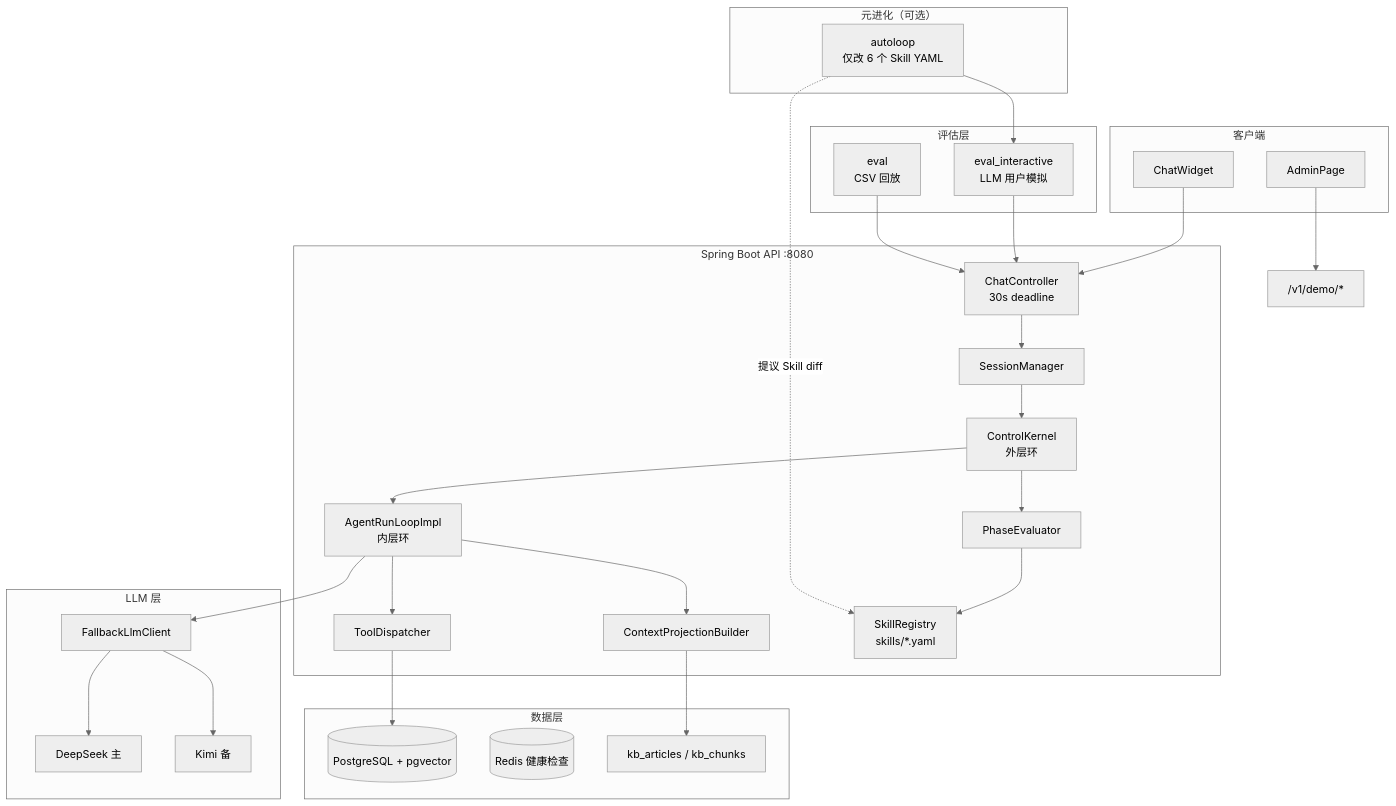
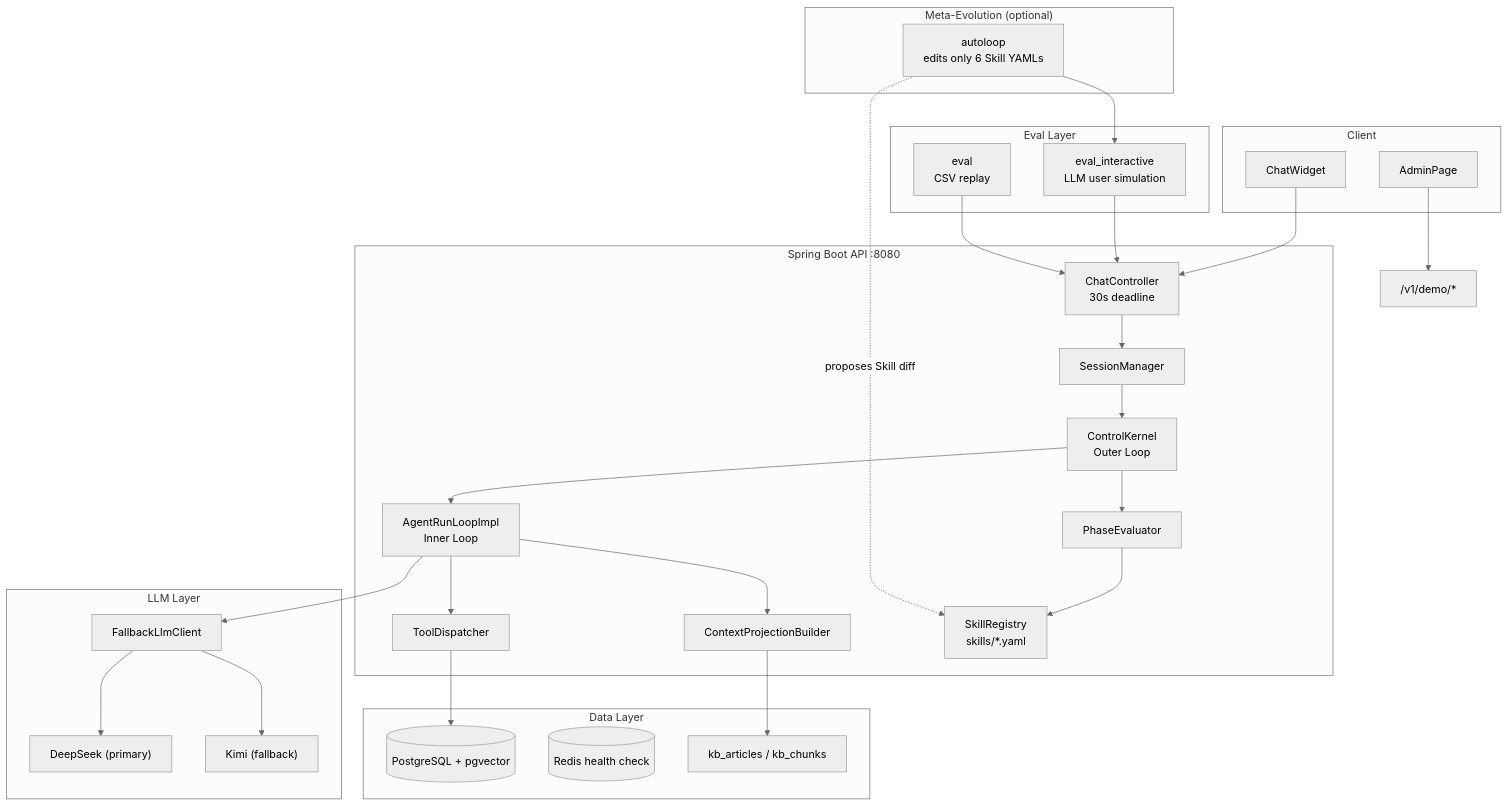
One commit to caoruixin/csagent changed the first of 3 diagrams in README.md. Above: the diagram before and after it, drawn with Mermaid (neutral theme). The commit also changed other lines of this file and 1 other file, not shown here.

````diff
--- a/README.md
+++ b/README.md
@@ -106,56 +108,56 @@
 ```mermaid
 flowchart TB
-  subgraph Client["客户端"]
+  subgraph Client["Client"]
     CW[ChatWidget]
     ADM[AdminPage]
   end
 
   subgraph API["Spring Boot API :8080"]
     CC["ChatController<br/>30s deadline"]
     SM[SessionManager]
-    CK["ControlKernel<br/>外层环"]
-    ARL["AgentRunLoopImpl<br/>内层环"]
+    CK["ControlKernel<br/>Outer Loop"]
+    ARL["AgentRunLoopImpl<br/>Inner Loop"]
     PE[PhaseEvaluator]
     CPB[ContextProjectionBuilder]
     TD[ToolDispatcher]
     SR["SkillRegistry<br/>skills/*.yaml"]
   end
 
-  subgraph LLM["LLM 层"]
-    DS[DeepSeek 主]
-    KM[Kimi 备]
+  subgraph LLM["LLM Layer"]
+    DS["DeepSeek (primary)"]
+    KM["Kimi (fallback)"]
     FB[FallbackLlmClient]
   end
 
-  subgraph Data["数据层"]
+  subgraph Data["Data Layer"]
     PG[("PostgreSQL + pgvector")]
-    RD[(Redis 健康检查)]
+    RD[("Redis health check")]
     KB["kb_articles / kb_chunks"]
   end
 
-  subgraph Eval["评估层"]
-    EI["eval_interactive<br/>LLM 用户模拟"]
-    EJ["eval<br/>CSV 回放"]
+  subgraph Eval["Eval Layer"]
+    EI["eval_interactive<br/>LLM user simulation"]
+    EJ["eval<br/>CSV replay"]
   end
 
-  subgraph Meta["元进化（可选）"]
-    AL["autoloop<br/>仅改 6 个 Skill YAML"]
+  subgraph Meta["Meta-Evolution (optional)"]
+    AL["autoloop<br/>edits only 6 Skill YAMLs"]
   end
 
   CW --> CC
   ADM --> Demo["/v1/demo/*"]
   CC --> SM --> CK
   CK --> PE --> SR
   CK --> ARL
   ARL --> CPB
   ARL --> FB
   FB --> DS
   FB --> KM
   ARL --> TD
   TD --> PG
   CPB --> KB
   EI --> CC
   EJ --> CC
-  AL -.->|提议 Skill diff| SR
+  AL -.->|proposes Skill diff| SR
   AL --> EI
 ```
````
